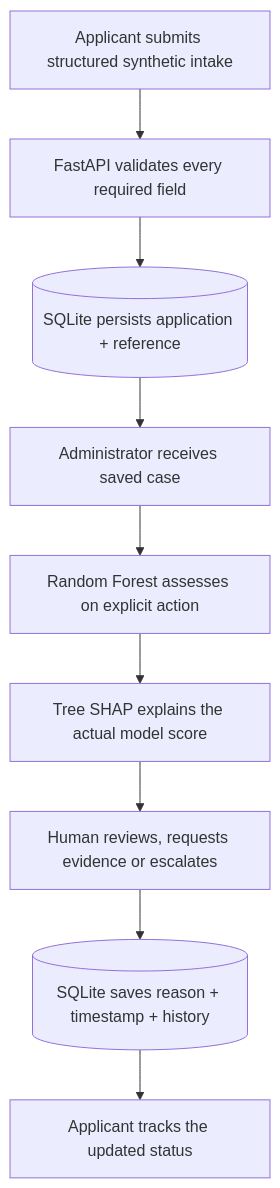
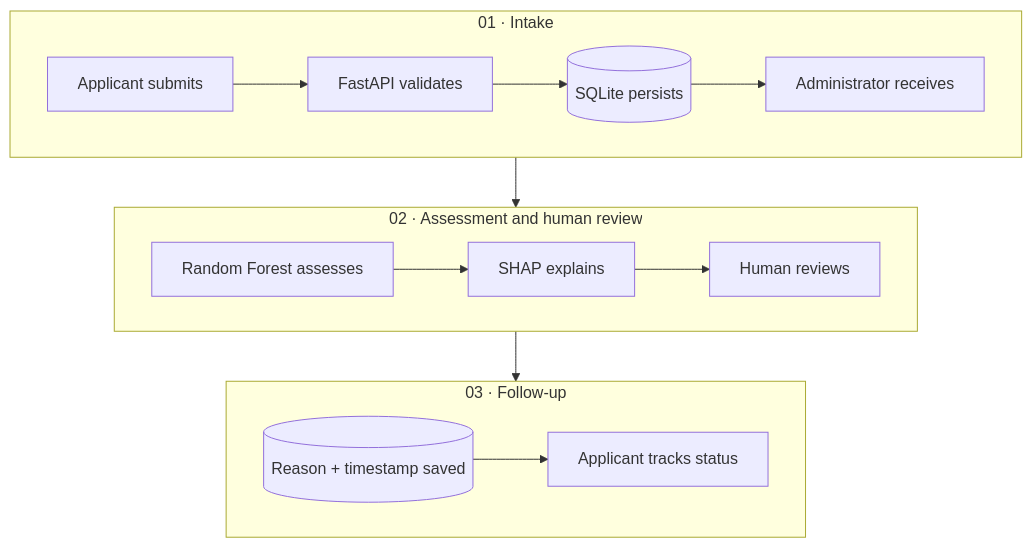
The first of 2 diagrams in README.md (Advaith-Ganesh/HABITAT), drawn with Mermaid before and after one commit. The commit also changed other lines of this file and 9 other files, not shown here.

Commit message:
Refine SVG font fallbacks and compact the connected workflow diagram

````diff
--- a/README.md
+++ b/README.md
@@ -47,11 +47,19 @@
 ```mermaid
-flowchart TD
-    A["Applicant submits structured synthetic intake"] --> B["FastAPI validates every required field"]
-    B --> C[("SQLite persists application + reference")]
-    C --> D["Administrator receives saved case"]
-    D --> E["Random Forest assesses on explicit action"]
-    E --> F["Tree SHAP explains the actual model score"]
-    F --> G["Human reviews, requests evidence or escalates"]
-    G --> H[("SQLite saves reason + timestamp + history")]
-    H --> I["Applicant tracks the updated status"]
+flowchart TB
+    subgraph Intake["01 · Intake"]
+        direction LR
+        A["Applicant submits"] --> B["FastAPI validates"]
+        B --> C[("SQLite persists")]
+        C --> D["Administrator receives"]
+    end
+    subgraph Review["02 · Assessment and human review"]
+        direction LR
+        E["Random Forest assesses"] --> F["SHAP explains"]
+        F --> G["Human reviews"]
+    end
+    subgraph FollowUp["03 · Follow-up"]
+        direction LR
+        H[("Reason + timestamp saved")] --> I["Applicant tracks status"]
+    end
+    Intake --> Review --> FollowUp
 ```
````
